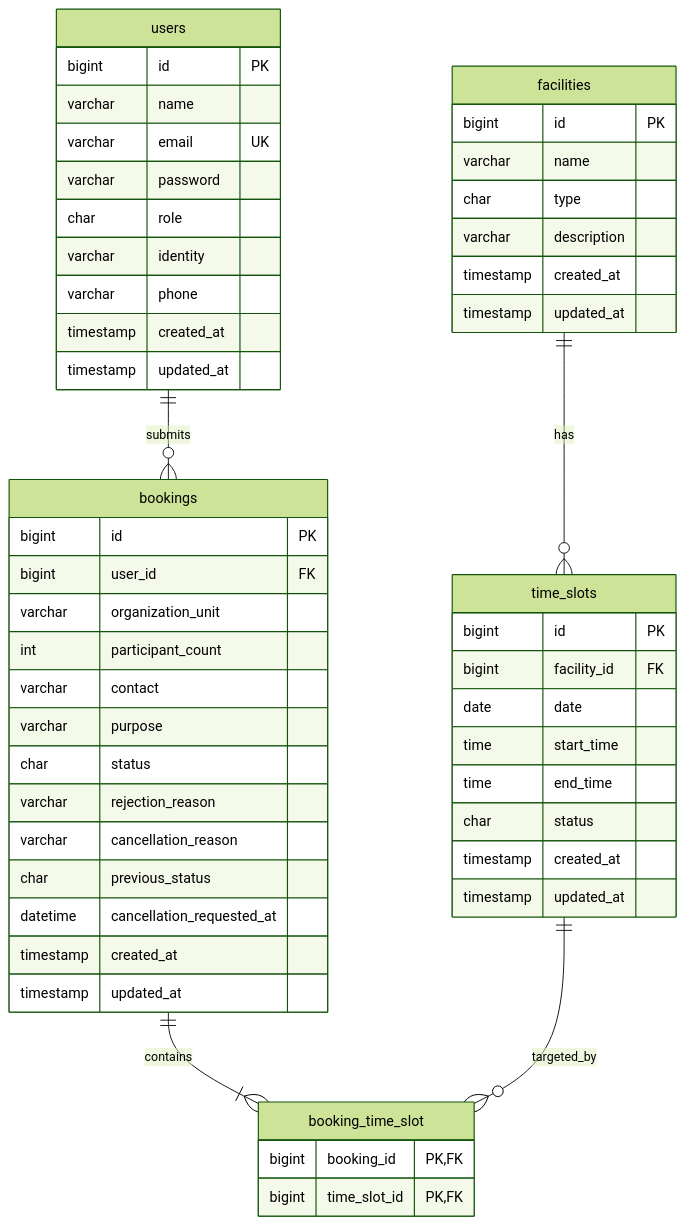
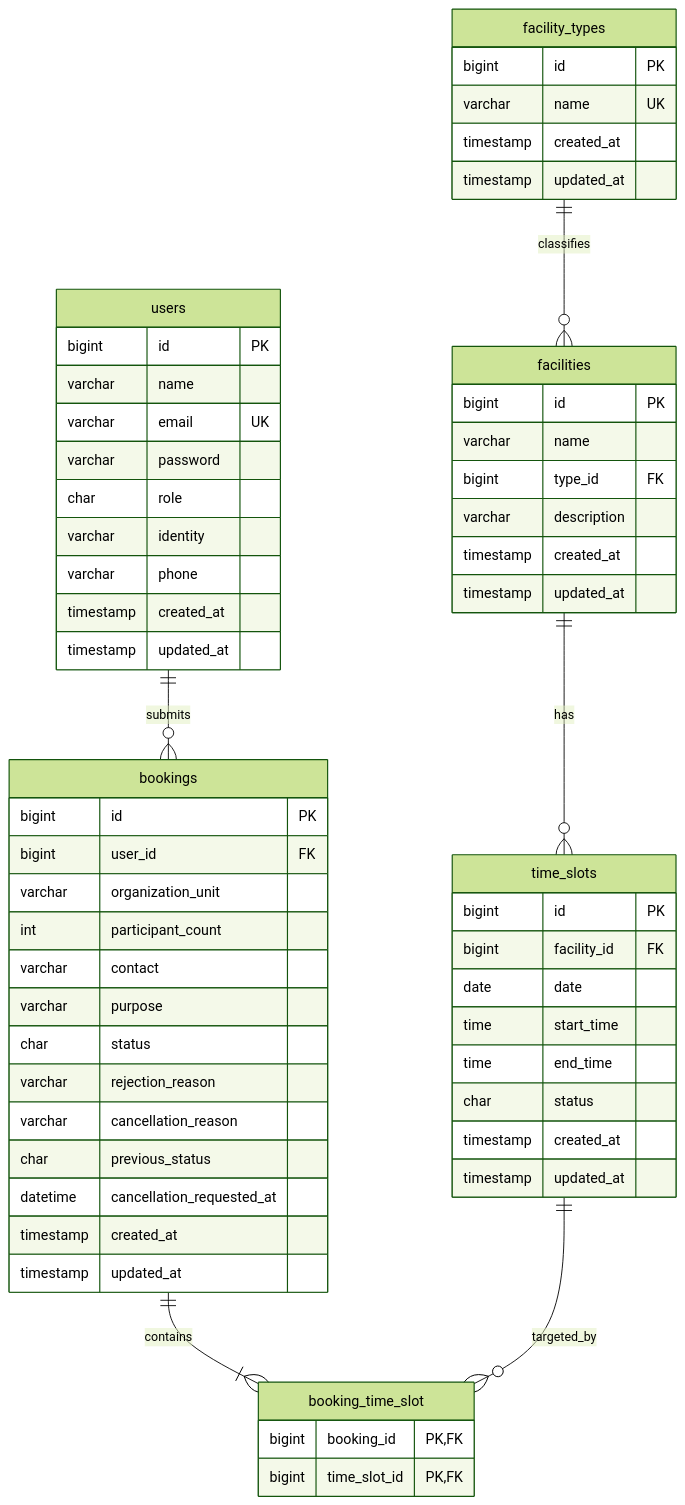
One commit to musyaree/fasor-hub-jsp changed the second of 2 diagrams in docs/03-desain/model-data.md. Above: the diagram before and after it, drawn with Mermaid (forest theme). The commit also changed other lines of this file and 5 other files, not shown here.

Commit message:
docs: add facility and type management to design docs

````diff
--- a/docs/03-desain/model-data.md
+++ b/docs/03-desain/model-data.md
@@ -87,56 +92,63 @@
 ```mermaid
 erDiagram
     users ||--o{ bookings : submits
+    facility_types ||--o{ facilities : classifies
     facilities ||--o{ time_slots : has
     bookings ||--|{ booking_time_slot : contains
     time_slots ||--o{ booking_time_slot : targeted_by
 
     users {
         bigint id PK
         varchar name
         varchar email UK
         varchar password
         char role
         varchar identity
         varchar phone
         timestamp created_at
         timestamp updated_at
     }
+    facility_types {
+        bigint id PK
+        varchar name UK
+        timestamp created_at
+        timestamp updated_at
+    }
     facilities {
         bigint id PK
         varchar name
-        char type
+        bigint type_id FK
         varchar description
         timestamp created_at
         timestamp updated_at
     }
     time_slots {
         bigint id PK
         bigint facility_id FK
         date date
         time start_time
         time end_time
         char status
         timestamp created_at
         timestamp updated_at
     }
     bookings {
         bigint id PK
         bigint user_id FK
         varchar organization_unit
         int participant_count
         varchar contact
         varchar purpose
         char status
         varchar rejection_reason
         varchar cancellation_reason
         char previous_status
         datetime cancellation_requested_at
         timestamp created_at
         timestamp updated_at
     }
     booking_time_slot {
         bigint booking_id PK,FK
         bigint time_slot_id PK,FK
     }
 ```
````
